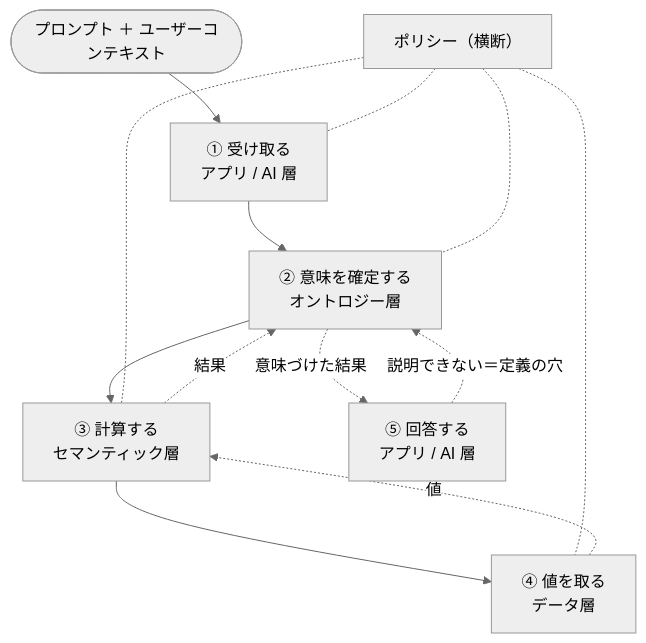
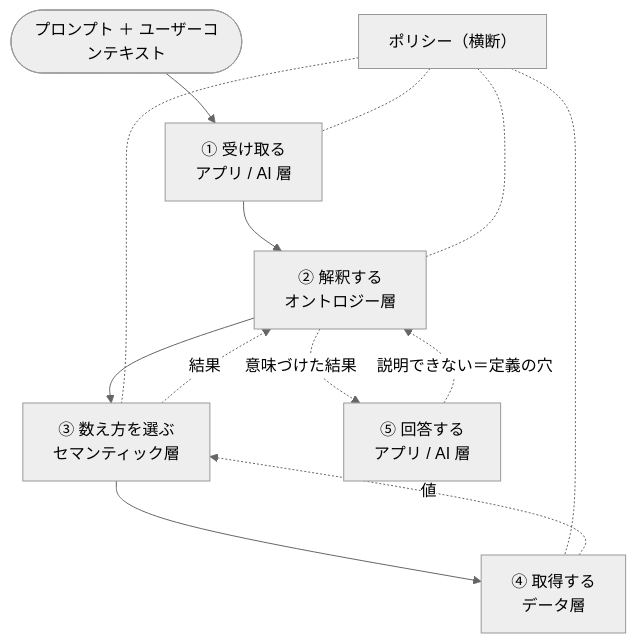
One commit to keito118/ai-ready-requirements changed the first of 2 diagrams in framework/ja/07_ai-processing-flow.md. Above: the diagram before and after it, drawn with Mermaid (neutral theme). The commit also changed other lines of this file and 16 other files, not shown here.

````diff
--- a/framework/ja/07_ai-processing-flow.md
+++ b/framework/ja/07_ai-processing-flow.md
@@ -7,13 +7,13 @@
 ```mermaid
 flowchart TB
   Q([プロンプト ＋ ユーザーコンテキスト]) --> A1["① 受け取る<br/>アプリ / AI 層"]
-  A1 --> O["② 意味を確定する<br/>オントロジー層"]
-  O --> S["③ 計算する<br/>セマンティック層"]
-  S --> D["④ 値を取る<br/>データ層"]
+  A1 --> O["② 解釈する<br/>オントロジー層"]
+  O --> S["③ 数え方を選ぶ<br/>セマンティック層"]
+  S --> D["④ 取得する<br/>データ層"]
   D -. 値 .-> S -. 結果 .-> O -. 意味づけた結果 .-> A2["⑤ 回答する<br/>アプリ / AI 層"]
   A2 -. 説明できない＝定義の穴 .-> O
   P["ポリシー（横断）"] -.- A1
   P -.- O
   P -.- S
   P -.- D
 ```
````
